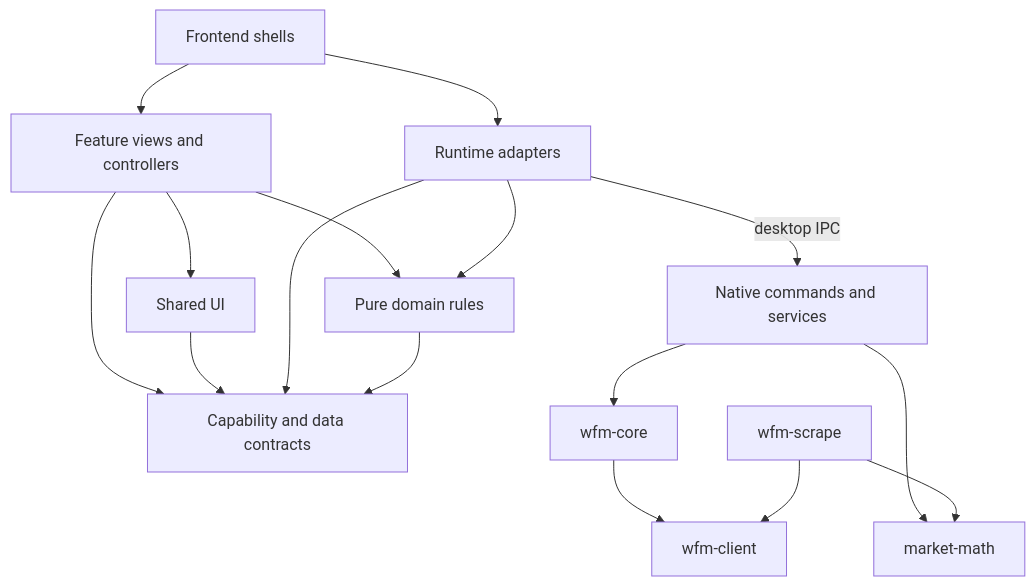
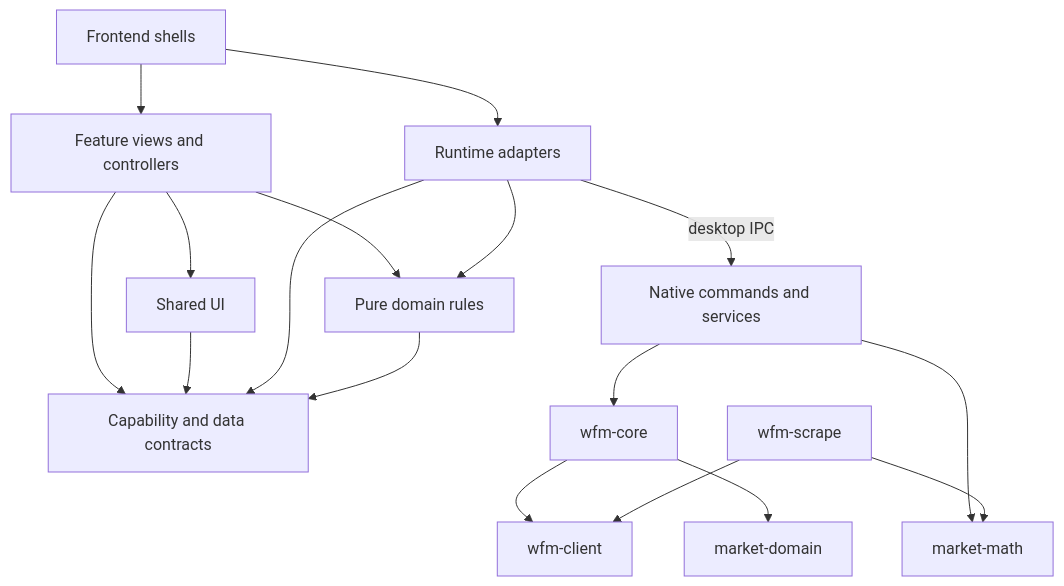
The diagram in docs/architecture.md (tennoworth/tennoworth), drawn with Mermaid before and after one commit. The commit also changed other lines of this file and 8 other files, not shown here.

````diff
--- a/docs/architecture.md
+++ b/docs/architecture.md
@@ -108,18 +108,19 @@
 ```mermaid
 flowchart TD
   Shells[Frontend shells] --> Features[Feature views and controllers]
   Shells --> Adapters[Runtime adapters]
   Features --> Contracts[Capability and data contracts]
   Features --> Domain[Pure domain rules]
   Features --> UI[Shared UI]
   UI --> Contracts
   Adapters --> Contracts
   Adapters --> Domain
   Domain --> Contracts
   Adapters -->|desktop IPC| Desktop[Native commands and services]
   Desktop --> Core[wfm-core]
   Desktop --> Math[market-math]
   Core --> Client[wfm-client]
+  Core --> Market[market-domain]
   Scrape[wfm-scrape] --> Math
   Scrape --> Client
 ```
````
